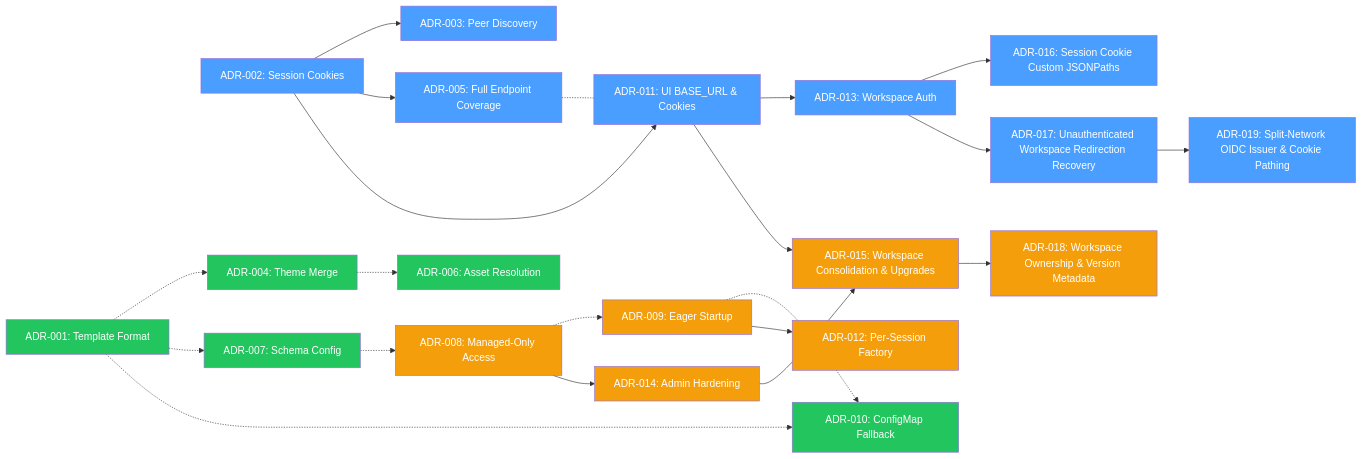
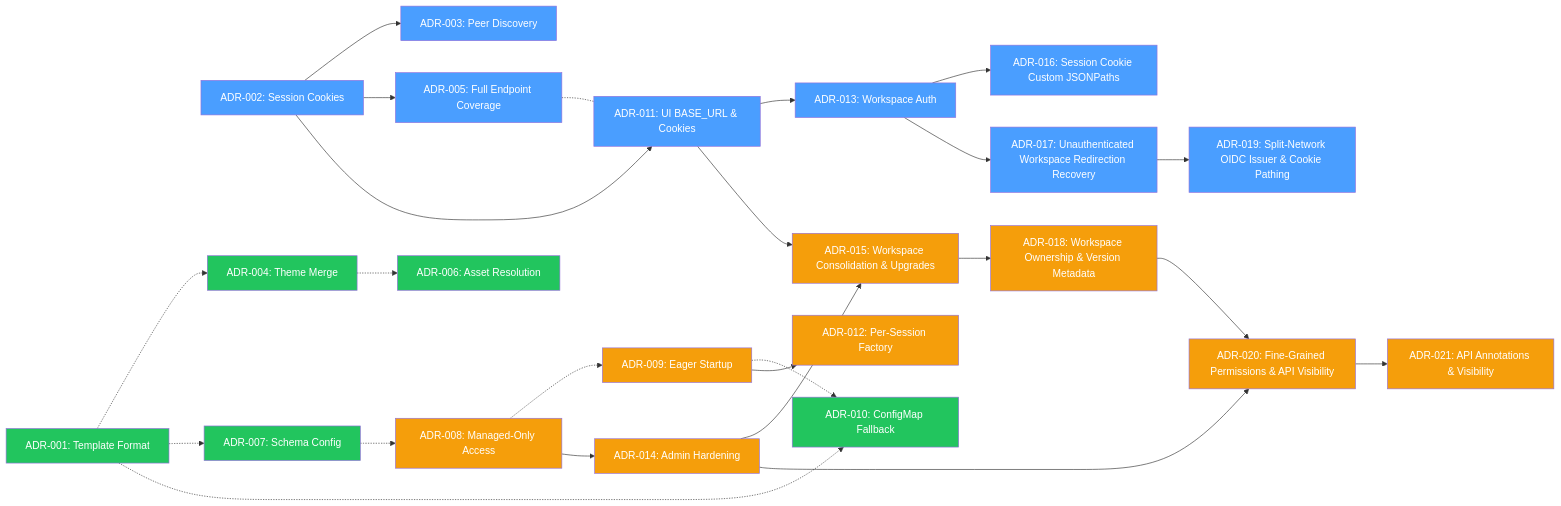
The diagram in docs/decisions/index.md (nogoo9/no-crd), drawn with Mermaid before and after one commit. The commit also changed other lines of this file and 29 other files, not shown here.

First line of the commit message:
feat: fine-grained permissions, template ownership, and proxy sub-API visibility (#29)

````diff
--- a/docs/decisions/index.md
+++ b/docs/decisions/index.md
@@ -44,42 +46,47 @@
 ```mermaid
 graph LR
     ADR002["ADR-002: Session Cookies"] --> ADR003["ADR-003: Peer Discovery"]
     ADR002 --> ADR005["ADR-005: Full Endpoint Coverage"]
     ADR001["ADR-001: Template Format"] -.-> ADR004["ADR-004: Theme Merge"]
     ADR004 -.-> ADR006["ADR-006: Asset Resolution"]
     ADR001 -.-> ADR007["ADR-007: Schema Config"]
     ADR007 -.-> ADR008["ADR-008: Managed-Only Access"]
     ADR008 -.-> ADR009["ADR-009: Eager Startup"]
     ADR001 -.-> ADR010["ADR-010: ConfigMap Fallback"]
     ADR009 -.-> ADR010
     ADR002 --> ADR011["ADR-011: UI BASE_URL & Cookies"]
     ADR005 -.- ADR011
     ADR009 --> ADR012["ADR-012: Per-Session Factory"]
     ADR011 --> ADR013["ADR-013: Workspace Auth"]
     ADR008 --> ADR014["ADR-014: Admin Hardening"]
     ADR011 --> ADR015["ADR-015: Workspace Consolidation & Upgrades"]
     ADR014 --> ADR015
     ADR013 --> ADR016["ADR-016: Session Cookie Custom JSONPaths"]
     ADR013 --> ADR017["ADR-017: Unauthenticated Workspace Redirection Recovery"]
     ADR015 --> ADR018["ADR-018: Workspace Ownership & Version Metadata"]
     ADR017 --> ADR019["ADR-019: Split-Network OIDC Issuer & Cookie Pathing"]
+    ADR018 --> ADR020["ADR-020: Fine-Grained Permissions & API Visibility"]
+    ADR014 --> ADR020
+    ADR020 --> ADR021["ADR-021: API Annotations & Visibility"]
     style ADR002 fill:#4a9eff,color:#fff
     style ADR003 fill:#4a9eff,color:#fff
     style ADR005 fill:#4a9eff,color:#fff
     style ADR001 fill:#22c55e,color:#fff
     style ADR004 fill:#22c55e,color:#fff
     style ADR006 fill:#22c55e,color:#fff
     style ADR007 fill:#22c55e,color:#fff
     style ADR008 fill:#f59e0b,color:#fff
     style ADR009 fill:#f59e0b,color:#fff
     style ADR010 fill:#22c55e,color:#fff
     style ADR011 fill:#4a9eff,color:#fff
     style ADR012 fill:#f59e0b,color:#fff
     style ADR013 fill:#4a9eff,color:#fff
     style ADR014 fill:#f59e0b,color:#fff
     style ADR015 fill:#f59e0b,color:#fff
     style ADR016 fill:#4a9eff,color:#fff
     style ADR017 fill:#4a9eff,color:#fff
     style ADR018 fill:#f59e0b,color:#fff
     style ADR019 fill:#4a9eff,color:#fff
+    style ADR020 fill:#f59e0b,color:#fff
+    style ADR021 fill:#f59e0b,color:#fff
 ```
````
